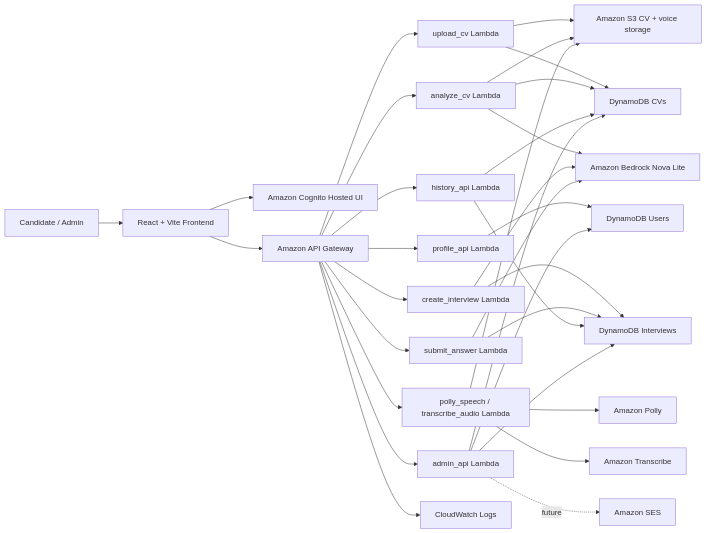
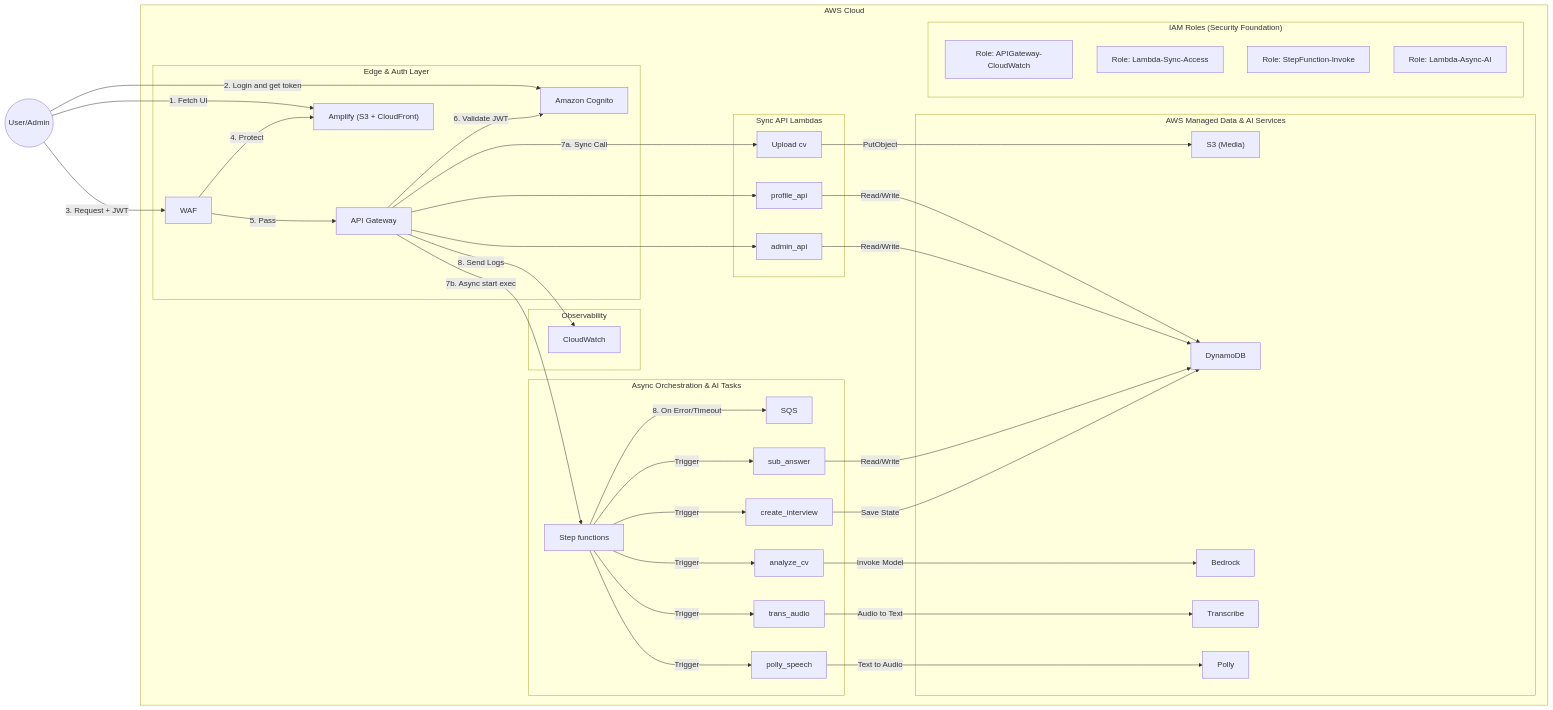
The diagram in content/2-Proposal/_index.md (PhiLong1903/fcaj-workshop-NguyenPhiLong), drawn with Mermaid before and after one commit. The commit also changed other lines of this file and 1 other file, not shown here.

````diff
--- a/content/2-Proposal/_index.md
+++ b/content/2-Proposal/_index.md
@@ -36,39 +48,98 @@
 ```mermaid
 flowchart LR
-  User["Candidate / Admin"] --> Frontend["React + Vite Frontend"]
-  Frontend --> Cognito["Amazon Cognito Hosted UI"]
-  Frontend --> APIGW["Amazon API Gateway"]
+  %% Users
+  User(("User/Admin"))
 
-  APIGW --> Upload["upload_cv Lambda"]
-  APIGW --> Analyze["analyze_cv Lambda"]
-  APIGW --> Profile["profile_api Lambda"]
-  APIGW --> CreateInterview["create_interview Lambda"]
-  APIGW --> SubmitAnswer["submit_answer Lambda"]
-  APIGW --> Voice["polly_speech / transcribe_audio Lambda"]
-  APIGW --> History["history_api Lambda"]
-  APIGW --> Admin["admin_api Lambda"]
+  %% AWS Cloud boundary
+  subgraph AWS_Cloud["AWS Cloud"]
 
-  Upload --> S3["Amazon S3 CV + voice storage"]
-  Analyze --> S3
-  Voice --> S3
+    %% Edge and authentication layer
+    subgraph Edge_Auth["Edge & Auth Layer"]
+      WAF["WAF"]
+      APIGW["API Gateway"]
+      Amplify["Amplify (S3 + CloudFront)"]
+      Cognito["Amazon Cognito"]
+    end
 
-  Analyze --> Bedrock["Amazon Bedrock Nova Lite"]
-  CreateInterview --> Bedrock
-  SubmitAnswer --> Bedrock
+    %% Observability
+    subgraph Observability["Observability"]
+      CloudWatch["CloudWatch"]
+    end
 
-  Profile --> Users["DynamoDB Users"]
-  Upload --> CVs["DynamoDB CVs"]
-  Analyze --> CVs
-  CreateInterview --> Interviews["DynamoDB Interviews"]
-  SubmitAnswer --> Interviews
-  History --> CVs
-  History --> Interviews
-  Admin --> Users
-  Admin --> CVs
-  Admin --> Interviews
+    %% Synchronous processing Lambdas
+    subgraph Sync_API["Sync API Lambdas"]
+      Lambda_UploadCV["Upload cv"]
+      Lambda_Profile["profile_api"]
+      Lambda_Admin["admin_api"]
+    end
 
-  Voice --> Polly["Amazon Polly"]
-  Voice --> Transcribe["Amazon Transcribe"]
-  Admin -. "future" .-> SES["Amazon SES"]
-  APIGW --> Logs["CloudWatch Logs"]
+    %% Asynchronous processing and AI tasks
+    subgraph Async_Tasks["Async Orchestration & AI Tasks"]
+      StepFunctions["Step functions"]
+      SQS["SQS"]
+      Lambda_SubAnswer["sub_answer"]
+      Lambda_CreateInt["create_interview"]
+      Lambda_AnalyzeCV["analyze_cv"]
+      Lambda_TransAudio["trans_audio"]
+      Lambda_PollySpeech["polly_speech"]
+    end
+
+    %% AWS managed data and AI services
+    subgraph Managed_Services["AWS Managed Data & AI Services"]
+      S3["S3 (Media)"]
+      DynamoDB["DynamoDB"]
+      Bedrock["Bedrock"]
+      Transcribe["Transcribe"]
+      Polly["Polly"]
+    end
+
+    %% IAM security foundation
+    subgraph IAM["IAM Roles (Security Foundation)"]
+      Role1["Role: APIGateway-CloudWatch"]
+      Role2["Role: Lambda-Sync-Access"]
+      Role3["Role: StepFunction-Invoke"]
+      Role4["Role: Lambda-Async-AI"]
+    end
+  end
+
+  %% --- Interaction flows ---
+
+  %% User interactions
+  User -- "1. Fetch UI" --> Amplify
+  User -- "2. Login and get token" --> Cognito
+  User -- "3. Request + JWT" --> WAF
+
+  %% Edge and authentication flow
+  WAF -- "4. Protect" --> Amplify
+  WAF -- "5. Pass" --> APIGW
+  APIGW -- "6. Validate JWT" --> Cognito
+
+  %% Logging flow
+  APIGW -- "8. Send Logs" --> CloudWatch
+
+  %% Synchronous API calls
+  APIGW -- "7a. Sync Call" --> Lambda_UploadCV
+  APIGW --> Lambda_Profile
+  APIGW --> Lambda_Admin
+
+  Lambda_UploadCV -- "PutObject" --> S3
+  Lambda_Profile -- "Read/Write" --> DynamoDB
+  Lambda_Admin -- "Read/Write" --> DynamoDB
+
+  %% Asynchronous execution
+  APIGW -- "7b. Async start exec" --> StepFunctions
+  
+  StepFunctions -- "8. On Error/Timeout" --> SQS
+  StepFunctions -- "Trigger" --> Lambda_SubAnswer
+  StepFunctions -- "Trigger" --> Lambda_CreateInt
+  StepFunctions -- "Trigger" --> Lambda_AnalyzeCV
+  StepFunctions -- "Trigger" --> Lambda_TransAudio
+  StepFunctions -- "Trigger" --> Lambda_PollySpeech
+
+  %% AI task interactions with managed services
+  Lambda_SubAnswer -- "Read/Write" --> DynamoDB
+  Lambda_CreateInt -- "Save State" --> DynamoDB
+  Lambda_AnalyzeCV -- "Invoke Model" --> Bedrock
+  Lambda_TransAudio -- "Audio to Text" --> Transcribe
+  Lambda_PollySpeech -- "Text to Audio" --> Polly
 ```
````
